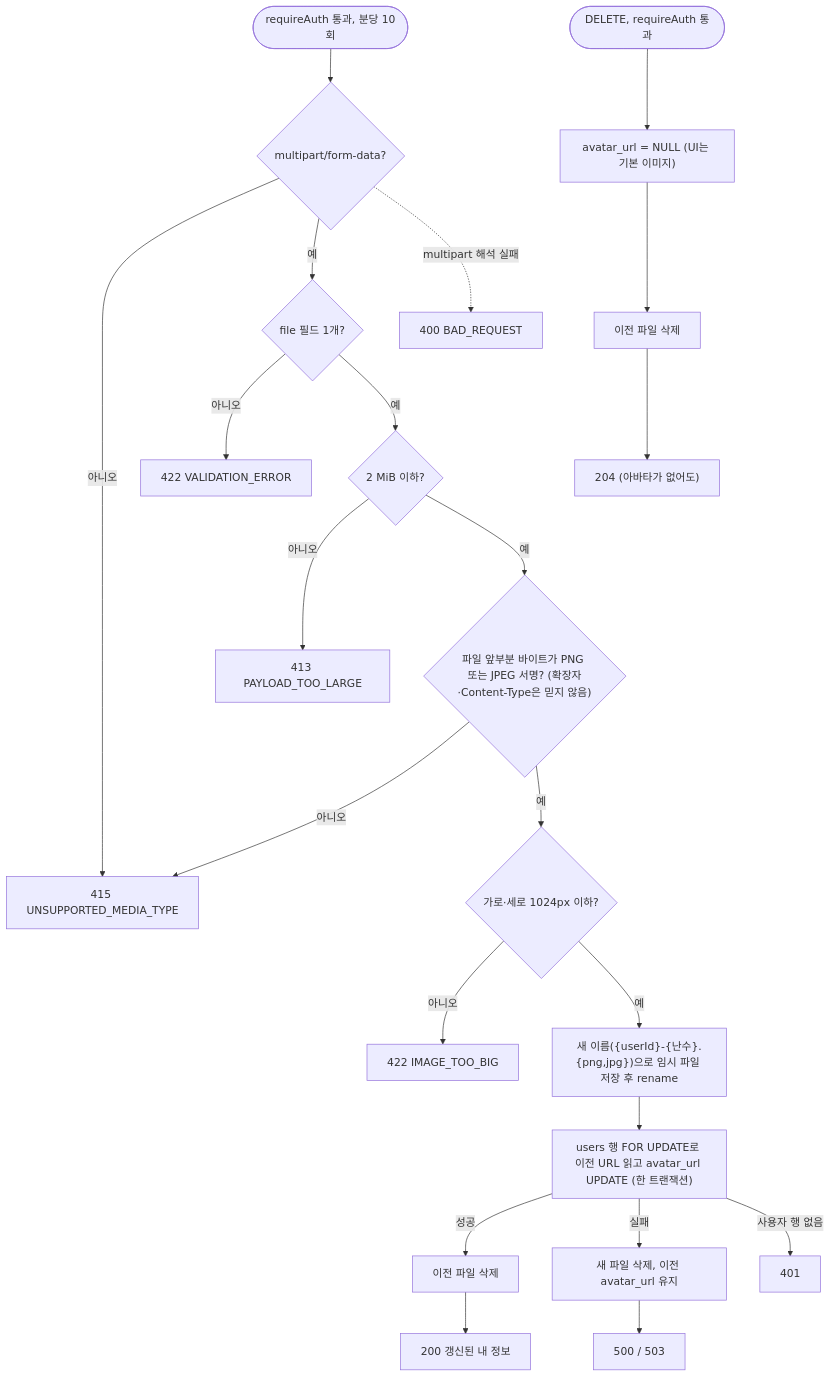
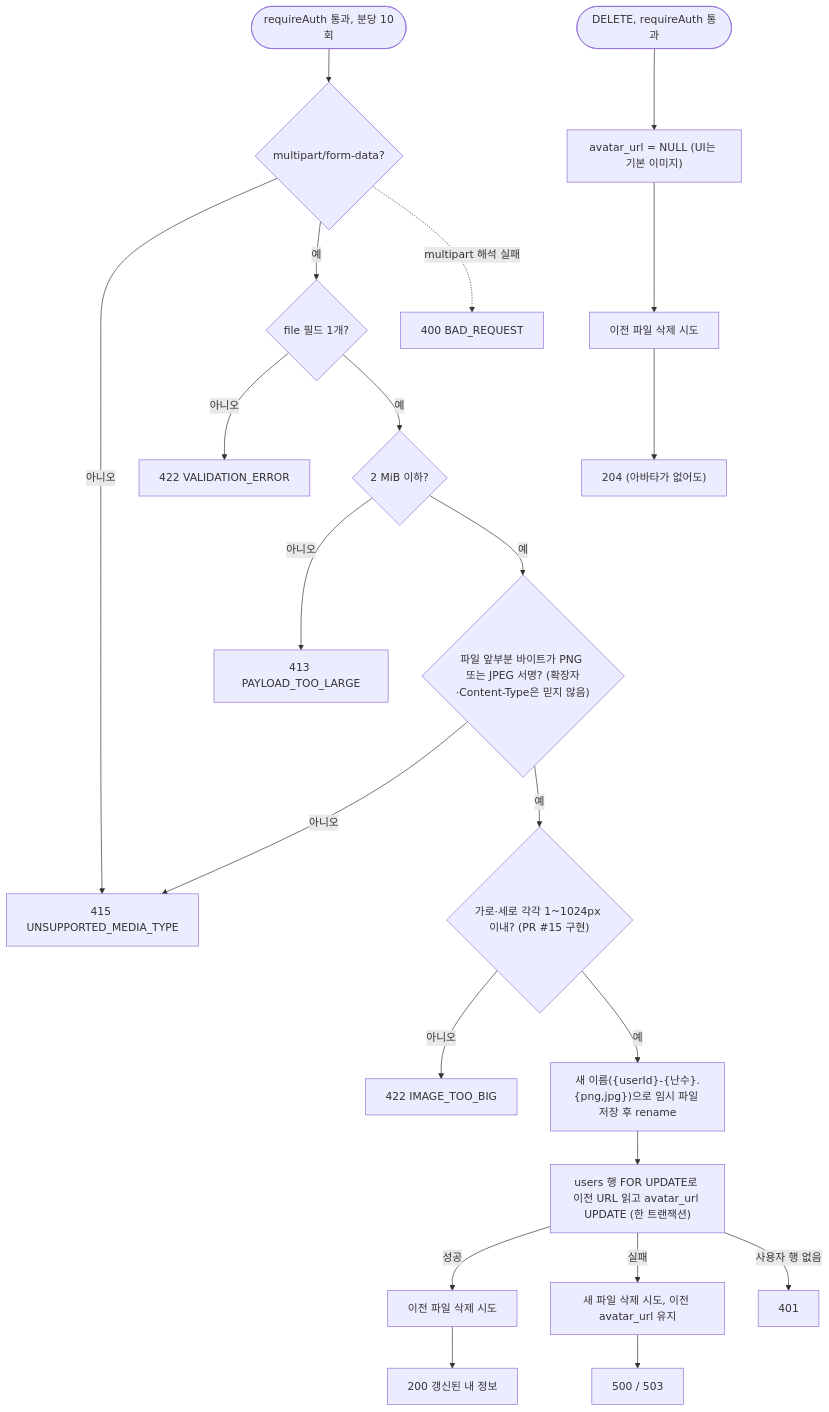
Before and after one commit to EscapeFromGyeongsan/ft_transcendence: diagram 49 of 53 in Document/SDS.md, drawn with Mermaid. The commit also changed other lines of this file, not shown here.

````diff
--- a/Document/SDS.md
+++ b/Document/SDS.md
@@ -1584,20 +1979,20 @@
 ```mermaid
 flowchart TD
     S([requireAuth 통과, 분당 10회]) --> M{multipart/form-data?}
     M -->|아니오| R415[415 UNSUPPORTED_MEDIA_TYPE]
     M -->|예| F{file 필드 1개?}
     F -->|아니오| R422[422 VALIDATION_ERROR]
     M -.->|multipart 해석 실패| R400[400 BAD_REQUEST]
     F -->|예| Size{2 MiB 이하?}
     Size -->|아니오| R413[413 PAYLOAD_TOO_LARGE]
     Size -->|예| Magic{"파일 앞부분 바이트가 PNG 또는 JPEG 서명? (확장자·Content-Type은 믿지 않음)"}
     Magic -->|아니오| R415
-    Magic -->|예| Dim{"가로·세로 1024px 이하?"}
-    Dim -->|아니오| R422b[422 IMAGE_TOO_BIG]
+    Magic -->|예| Dim{"가로·세로 각각 1~1024px 이내? (PR #15 구현)"}
+    Dim -->|아니오| R422Image[422 IMAGE_TOO_BIG]
     Dim -->|예| Write["새 이름({userId}-{난수}.{png,jpg})으로 임시 파일 저장 후 rename"]
     Write --> Up["users 행 FOR UPDATE로 이전 URL 읽고 avatar_url UPDATE (한 트랜잭션)"]
-    Up -->|성공| Old[이전 파일 삭제] --> R200[200 갱신된 내 정보]
-    Up -->|실패| Clean[새 파일 삭제, 이전 avatar_url 유지] --> R5xx[500 / 503]
+    Up -->|성공| Old[이전 파일 삭제 시도] --> R200[200 갱신된 내 정보]
+    Up -->|실패| Clean[새 파일 삭제 시도, 이전 avatar_url 유지] --> R5xx[500 / 503]
     Up -->|사용자 행 없음| R401[401]
-    S2([DELETE, requireAuth 통과]) --> Null["avatar_url = NULL (UI는 기본 이미지)"] --> Del[이전 파일 삭제] --> R204["204 (아바타가 없어도)"]
+    S2([DELETE, requireAuth 통과]) --> Null["avatar_url = NULL (UI는 기본 이미지)"] --> Del[이전 파일 삭제 시도] --> R204["204 (아바타가 없어도)"]
 ```
````
